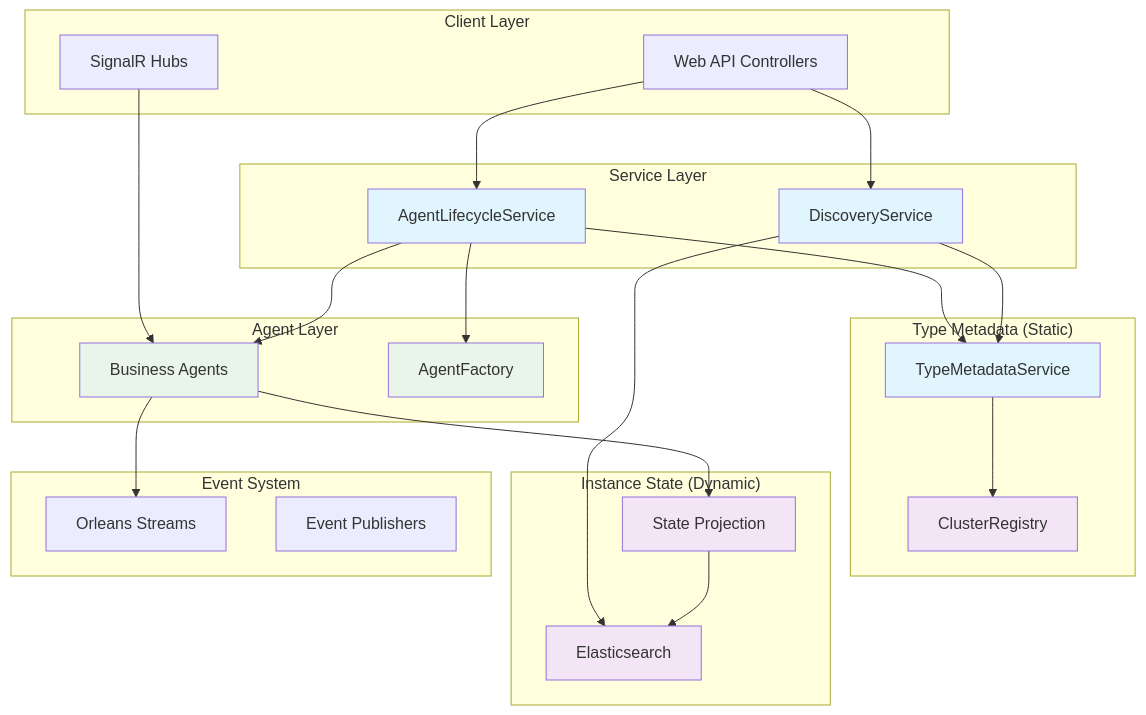
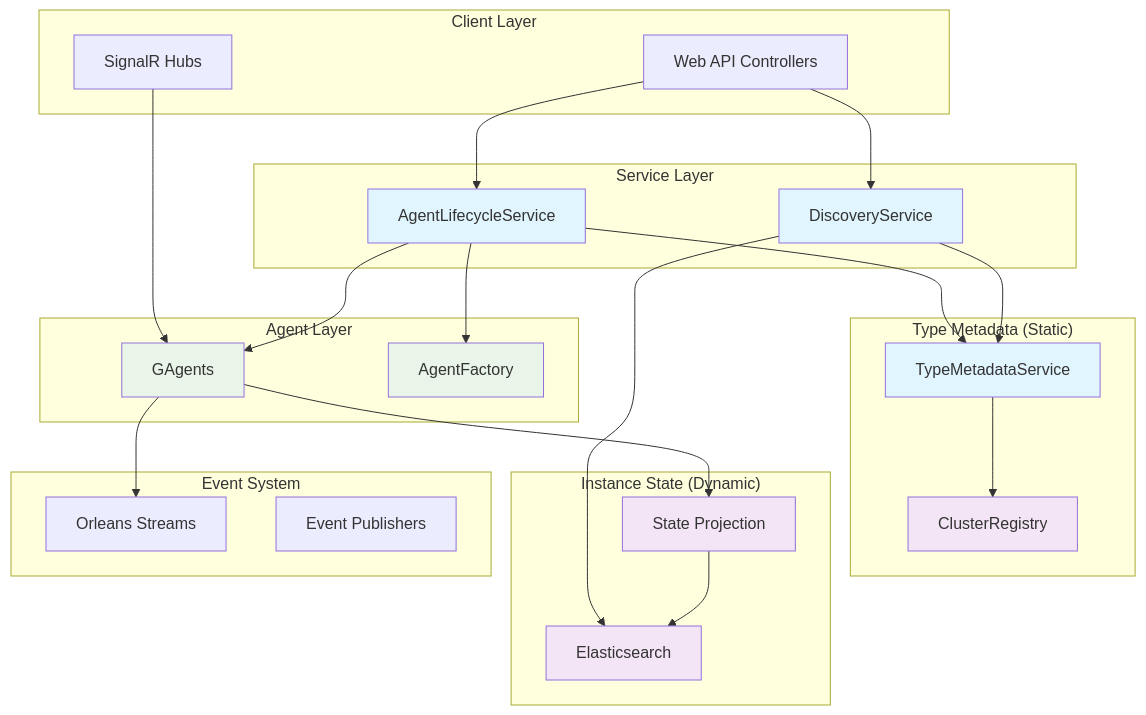
Before and after one commit to aevatarAI/aevatar-station: the first of 4 diagrams in Agent-Management-Architecture-Proposal.md, drawn with Mermaid. The commit also changed other lines of this file, not shown here.

First line of the commit message:
refactor: update agent architecture to use GAgentBase directly

````diff
--- a/Agent-Management-Architecture-Proposal.md
+++ b/Agent-Management-Architecture-Proposal.md
@@ -20,53 +20,53 @@
 ```mermaid
 graph TB
     subgraph "Client Layer"
         API[Web API Controllers]
         SH[SignalR Hubs]
     end
     
     subgraph "Service Layer"
         ALS[AgentLifecycleService]
         DS[DiscoveryService]
     end
     
     subgraph "Type Metadata (Static)"
         TMS[TypeMetadataService]
         Registry[ClusterRegistry]
     end
     
     subgraph "Agent Layer"
-        BA[Business Agents]
+        GA[GAgents]
         AF[AgentFactory]
     end
     
     subgraph "Instance State (Dynamic)"
         ES[Elasticsearch]
         Pipeline[State Projection]
     end
     
     subgraph "Event System"
         OStreams[Orleans Streams]
         EP[Event Publishers]
     end
     
     API --> ALS
     API --> DS
-    SH --> BA
+    SH --> GA
     ALS --> TMS
     ALS --> AF
-    ALS --> BA
+    ALS --> GA
     DS --> TMS
     DS --> ES
-    BA --> Pipeline
-    BA --> OStreams
+    GA --> Pipeline
+    GA --> OStreams
     Pipeline --> ES
     TMS --> Registry
     
     classDef service fill:#e1f5fe
     classDef data fill:#f3e5f5
     classDef agent fill:#e8f5e8
     
     class ALS,DS,TMS service
     class ES,Registry,Pipeline data
-    class BA,AF agent
+    class GA,AF agent
 ```
````
